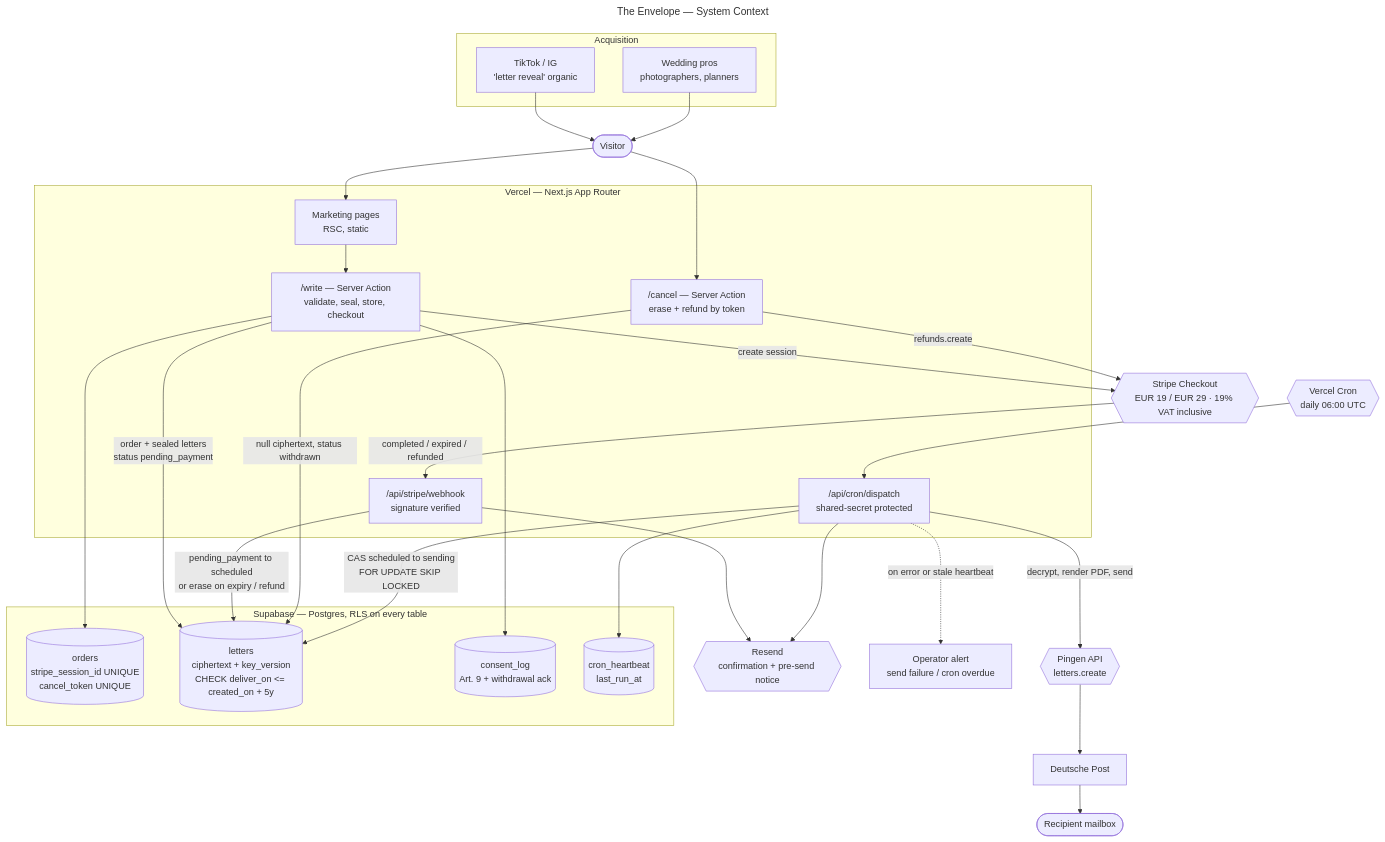
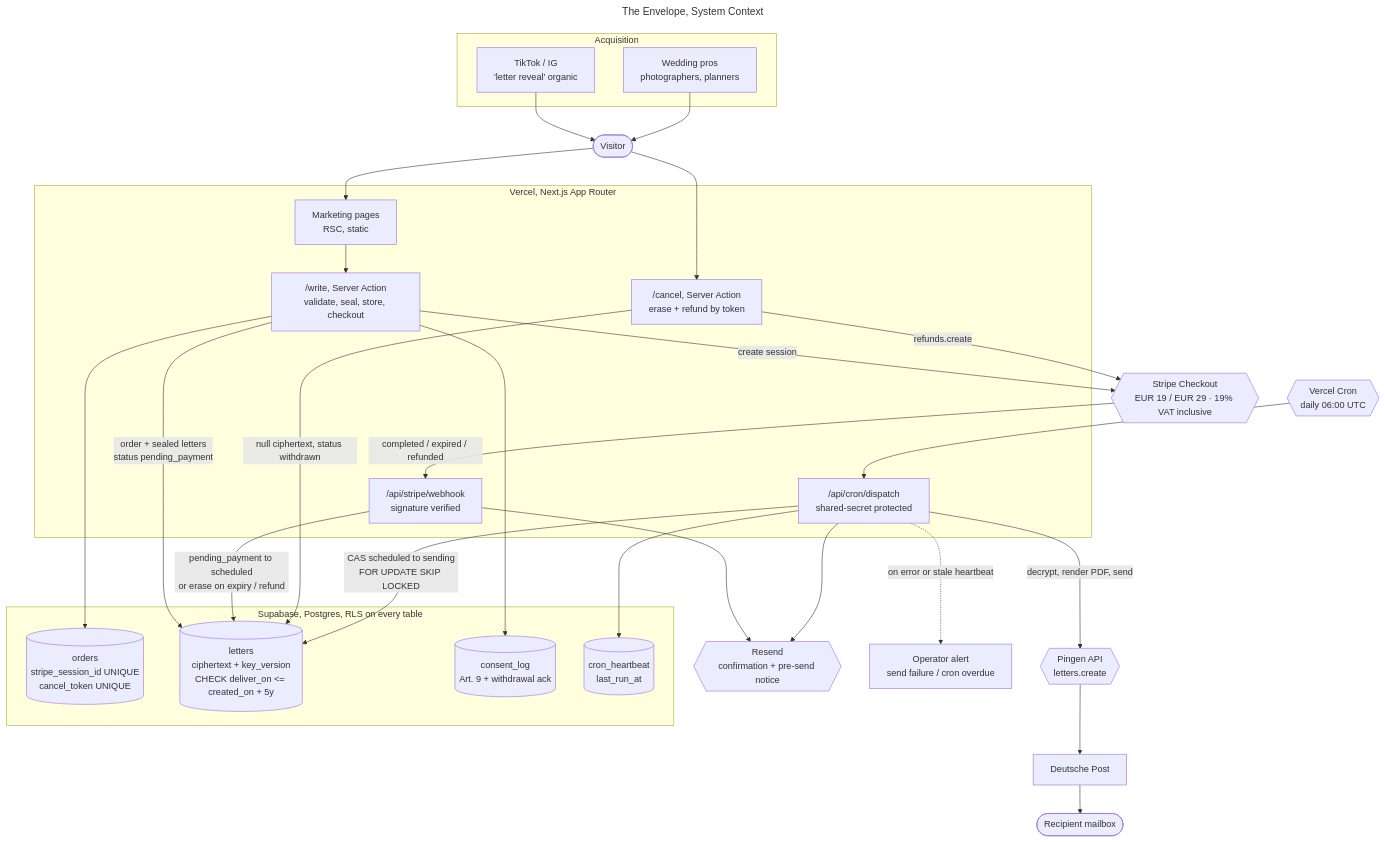
One commit to kandulanikhilvarma/the-envelope changed the first of 3 diagrams in README.md. Above: the diagram before and after it, drawn with Mermaid. The commit also changed other lines of this file and 58 other files, not shown here.

````diff
--- a/README.md
+++ b/README.md
@@ -85,61 +86,61 @@
 ```mermaid
 ---
-title: The Envelope — System Context
+title: The Envelope, System Context
 ---
 flowchart TB
     subgraph acq["Acquisition"]
         TT["TikTok / IG<br/>'letter reveal' organic"]
         WP["Wedding pros<br/>photographers, planners"]
     end
 
     V(["Visitor"])
     TT --> V
     WP --> V
 
-    subgraph vercel["Vercel — Next.js App Router"]
+    subgraph vercel["Vercel, Next.js App Router"]
         MKT["Marketing pages<br/>RSC, static"]
-        APP["/write — Server Action<br/>validate, seal, store, checkout"]
-        CXL["/cancel — Server Action<br/>erase + refund by token"]
+        APP["/write, Server Action<br/>validate, seal, store, checkout"]
+        CXL["/cancel, Server Action<br/>erase + refund by token"]
         HOOK["/api/stripe/webhook<br/>signature verified"]
         CRON["/api/cron/dispatch<br/>shared-secret protected"]
     end
 
     V --> MKT
     MKT --> APP
     V --> CXL
 
-    subgraph supa["Supabase — Postgres, RLS on every table"]
+    subgraph supa["Supabase, Postgres, RLS on every table"]
         ORD[("orders<br/>stripe_session_id UNIQUE<br/>cancel_token UNIQUE")]
         LET[("letters<br/>ciphertext + key_version<br/>CHECK deliver_on &lt;= created_on + 5y")]
         CON[("consent_log<br/>Art. 9 + withdrawal ack")]
         HB[("cron_heartbeat<br/>last_run_at")]
     end
 
     APP -->|"order + sealed letters<br/>status pending_payment"| LET
     APP --> ORD
     APP --> CON
     HOOK -->|"pending_payment to scheduled<br/>or erase on expiry / refund"| LET
     CXL -->|"null ciphertext, status withdrawn"| LET
     CRON -->|"CAS scheduled to sending<br/>FOR UPDATE SKIP LOCKED"| LET
     CRON --> HB
 
     STRIPE{{"Stripe Checkout<br/>EUR 19 / EUR 29 · 19% VAT inclusive"}}
     APP -->|"create session"| STRIPE
     STRIPE -->|"completed / expired / refunded"| HOOK
     CXL -->|"refunds.create"| STRIPE
 
     MAIL{{"Resend<br/>confirmation + pre-send notice"}}
     HOOK --> MAIL
     CRON --> MAIL
 
     SCHED{{"Vercel Cron<br/>daily 06:00 UTC"}}
     SCHED --> CRON
 
     PIN{{"Pingen API<br/>letters.create"}}
     CRON -->|"decrypt, render PDF, send"| PIN
     PIN --> DP["Deutsche Post"]
     DP --> RCP(["Recipient mailbox"])
 
     ALERT["Operator alert<br/>send failure / cron overdue"]
     CRON -.->|"on error or stale heartbeat"| ALERT
 ```
````
